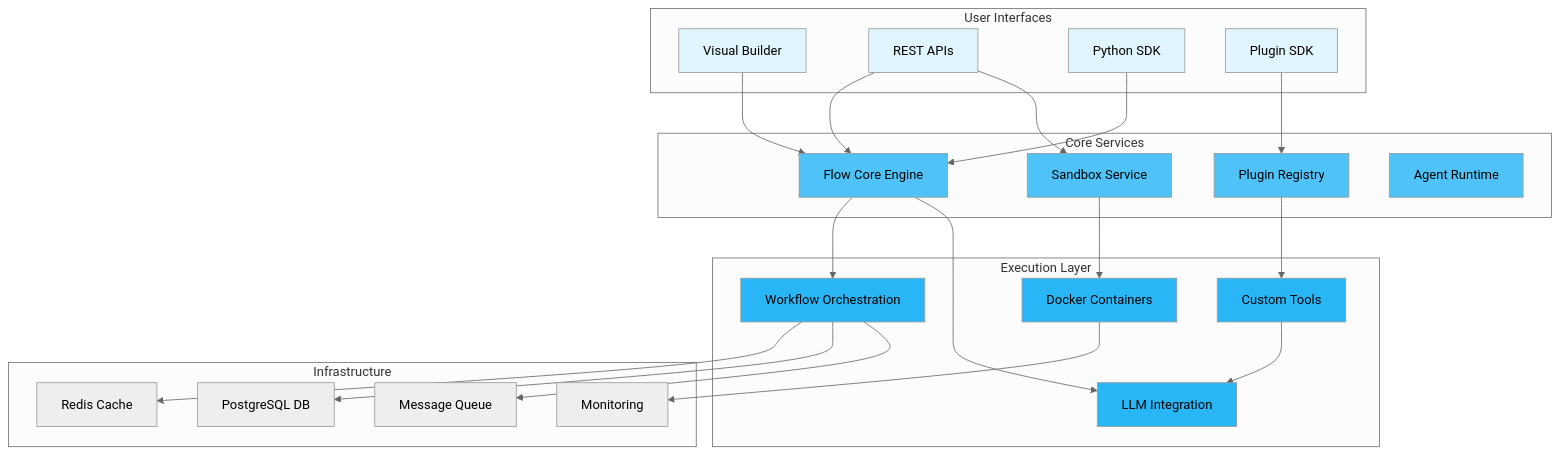
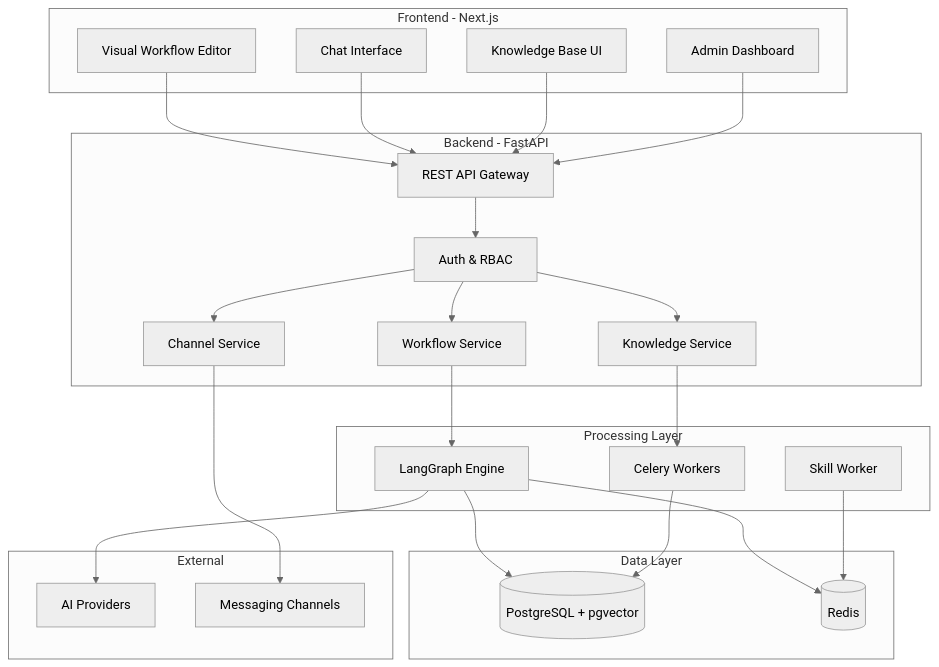
The diagram in introduction.mdx (nadoo-ai/docs), drawn with Mermaid (neutral theme) before and after one commit. The commit also changed other lines of this file and 181 other files, not shown here.

Commit message:
enchancement : agent-builder

````diff
--- a/introduction.mdx
+++ b/introduction.mdx
@@ -303,60 +168,54 @@
 ```mermaid
 graph TB
-    subgraph "User Interfaces"
-        A[Visual Builder]
-        B[REST APIs]
-        C[Python SDK]
-        D[Plugin SDK]
+    subgraph "Frontend - Next.js"
+        A[Visual Workflow Editor]
+        B[Chat Interface]
+        C[Knowledge Base UI]
+        D[Admin Dashboard]
     end
 
-    subgraph "Core Services"
-        E[Flow Core Engine]
-        F[Sandbox Service]
-        G[Plugin Registry]
-        H[Agent Runtime]
+    subgraph "Backend - FastAPI"
+        E[REST API Gateway]
+        F[Auth & RBAC]
+        G[Workflow Service]
+        H[Knowledge Service]
+        I[Channel Service]
     end
 
-    subgraph "Execution Layer"
-        I[Workflow Orchestration]
-        J[Docker Containers]
-        K[Custom Tools]
-        L[LLM Integration]
+    subgraph "Processing Layer"
+        J[LangGraph Engine]
+        K[Celery Workers]
+        L[Skill Worker]
     end
 
-    subgraph "Infrastructure"
-        M[Redis Cache]
-        N[PostgreSQL DB]
-        O[Message Queue]
-        P[Monitoring]
+    subgraph "Data Layer"
+        M[(PostgreSQL + pgvector)]
+        N[(Redis)]
+    end
+
+    subgraph "External"
+        O[AI Providers]
+        P[Messaging Channels]
     end
 
     A --> E
     B --> E
-    B --> F
     C --> E
-    D --> G
+    D --> E
 
-    E --> I
-    F --> J
-    G --> K
-    E --> L
+    E --> F
+    F --> G
+    F --> H
+    F --> I
 
-    I --> M
-    I --> N
-    I --> O
-    J --> P
-    K --> L
+    G --> J
+    H --> K
+    I --> P
 
-    style A fill:#e1f5fe
-    style B fill:#e1f5fe
-    style C fill:#e1f5fe
-    style D fill:#e1f5fe
-    style E fill:#4fc3f7
-    style F fill:#4fc3f7
-    style G fill:#4fc3f7
-    style H fill:#4fc3f7
-    style I fill:#29b6f6
-    style J fill:#29b6f6
-    style K fill:#29b6f6
-    style L fill:#29b6f6
+    J --> O
+    J --> M
+    J --> N
+
+    K --> M
+    L --> N
 ```
````
